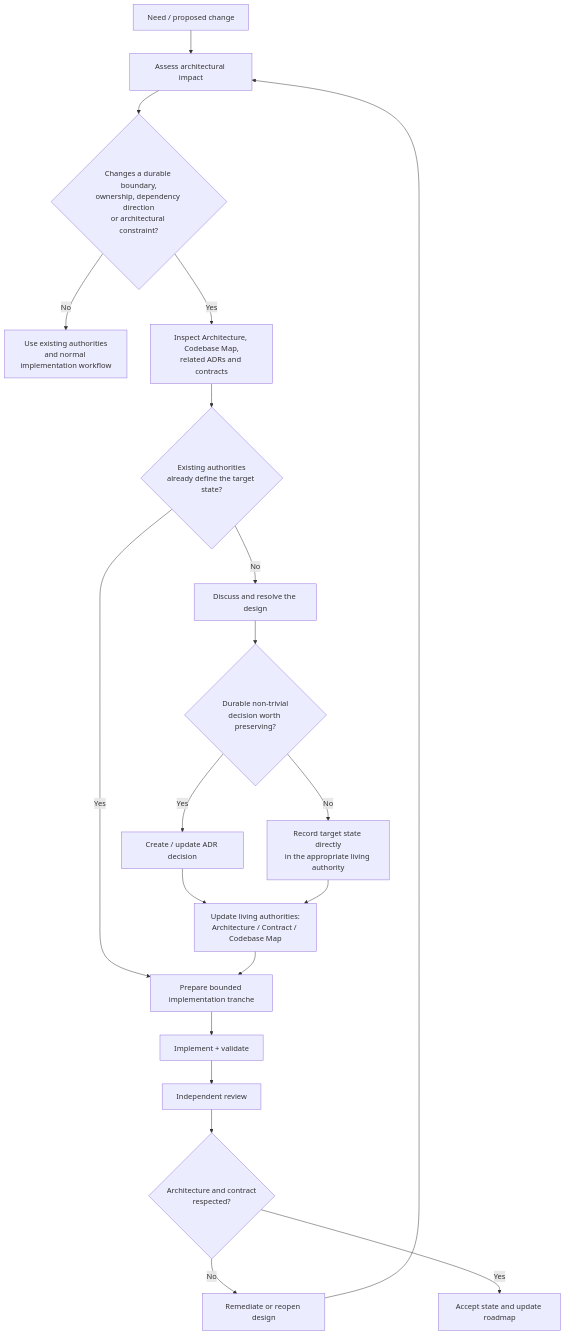
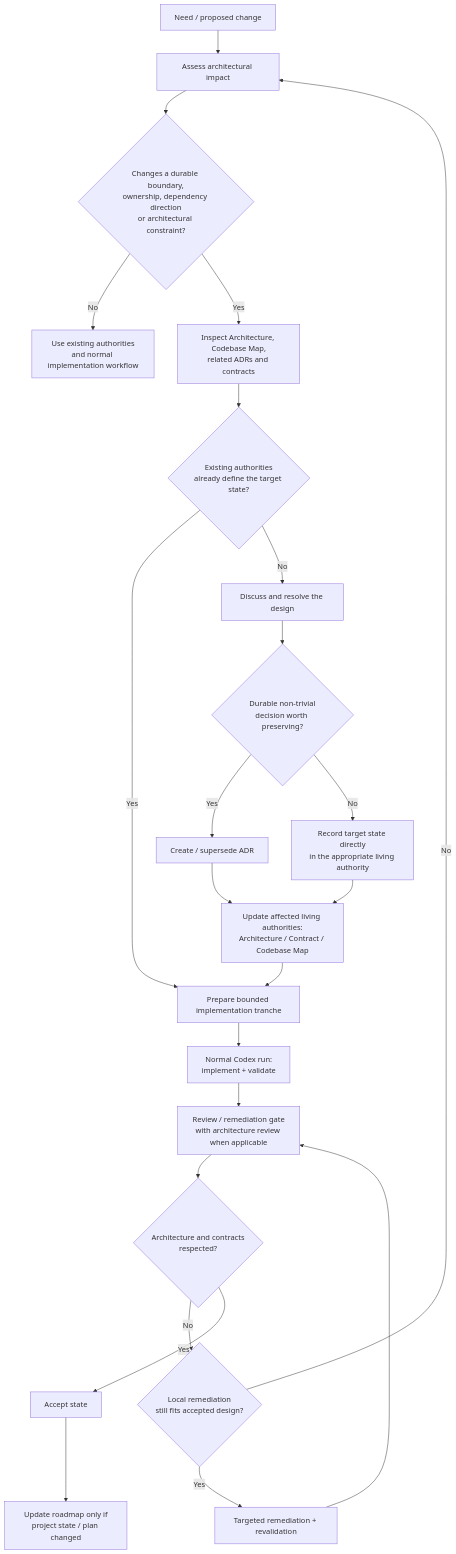
The diagram in architecture/ARCHITECTURE_CHANGE_WORKFLOW.md (Wavell38/ai-assisted-software-engineering-workflow), drawn with Mermaid before and after one commit. The commit also changed other lines of this file and 9 other files, not shown here.

Commit message:
docs(workflow): refine documentation, qualification and architecture guidance

````diff
--- a/architecture/ARCHITECTURE_CHANGE_WORKFLOW.md
+++ b/architecture/ARCHITECTURE_CHANGE_WORKFLOW.md
@@ -9,28 +14,31 @@
 ```mermaid
 flowchart TD
     A[Need / proposed change] --> B[Assess architectural impact]
 
     B --> C{Changes a durable boundary,<br/>ownership, dependency direction<br/>or architectural constraint?}
 
     C -->|No| D[Use existing authorities<br/>and normal implementation workflow]
     C -->|Yes| E[Inspect Architecture, Codebase Map,<br/>related ADRs and contracts]
 
     E --> F{Existing authorities<br/>already define the target state?}
     F -->|Yes| G[Prepare bounded implementation tranche]
     F -->|No| H[Discuss and resolve the design]
 
     H --> I{Durable non-trivial<br/>decision worth preserving?}
-    I -->|Yes| J[Create / update ADR decision]
+    I -->|Yes| J[Create / supersede ADR]
     I -->|No| K[Record target state directly<br/>in the appropriate living authority]
 
-    J --> L[Update living authorities:<br/>Architecture / Contract / Codebase Map]
+    J --> L[Update affected living authorities:<br/>Architecture / Contract / Codebase Map]
     K --> L
 
     L --> G
-    G --> M[Implement + validate]
-    M --> N[Independent review]
-    N --> O{Architecture and contract<br/>respected?}
-    O -->|No| P[Remediate or reopen design]
-    P --> B
-    O -->|Yes| Q[Accept state and update roadmap]
+    G --> M[Normal Codex run:<br/>implement + validate]
+    M --> N[Review / remediation gate<br/>with architecture review when applicable]
+    N --> O{Architecture and contracts<br/>respected?}
+    O -->|No| P{Local remediation<br/>still fits accepted design?}
+    P -->|Yes| R[Targeted remediation + revalidation]
+    R --> N
+    P -->|No| B
+    O -->|Yes| Q[Accept state]
+    Q --> S[Update roadmap only if<br/>project state / plan changed]
 ```
````
